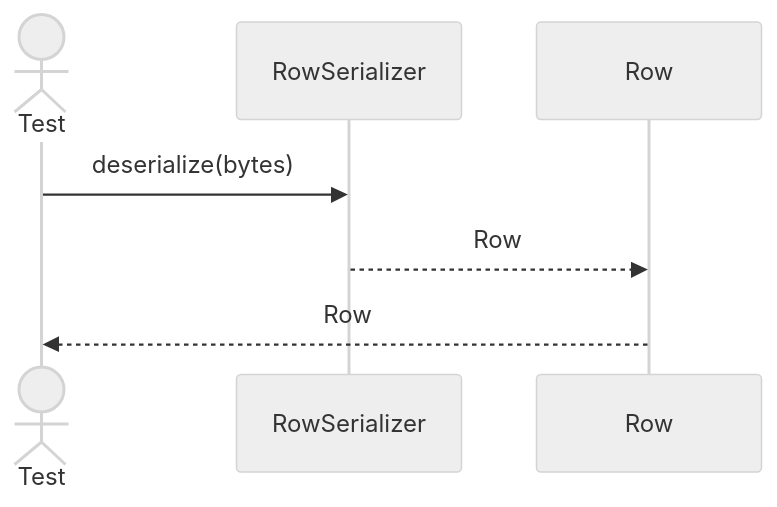
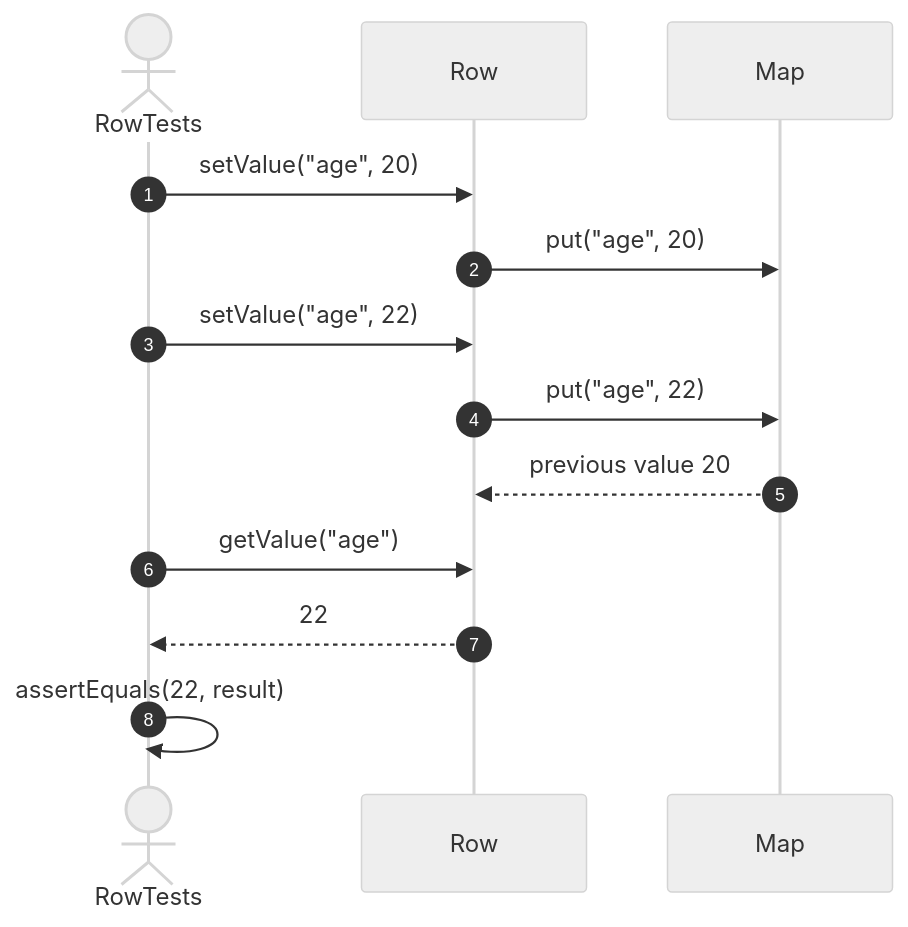
Before and after one commit to FhuAnn/-bbv-AN-s-DBMS: the eighth of 33 diagrams in src/tests/unit/metadata/sequences/rows-testing.se.md, drawn with Mermaid (neutral theme). The commit also changed other lines of this file and 60 other files, not shown here.

Commit message:
refactor data table, row, column, constraint, index test file

````diff
--- a/src/tests/unit/metadata/sequences/rows-testing.se.md
+++ b/src/tests/unit/metadata/sequences/rows-testing.se.md
@@ -126,12 +208,20 @@
 ```mermaid
 sequenceDiagram
-actor Test
-participant RowSerializer
-participant Row
+    autonumber
 
-Test->>RowSerializer: deserialize(bytes)
+    actor Test as RowTests
+    participant Row as Row
+    participant Values as Map
 
-RowSerializer-->>Row: Row
+    Test->>Row: setValue("age", 20)
+    Row->>Values: put("age", 20)
 
-Row-->>Test: Row
+    Test->>Row: setValue("age", 22)
+    Row->>Values: put("age", 22)
+    Values-->>Row: previous value 20
+
+    Test->>Row: getValue("age")
+    Row-->>Test: 22
+
+    Test->>Test: assertEquals(22, result)
 ```
````
